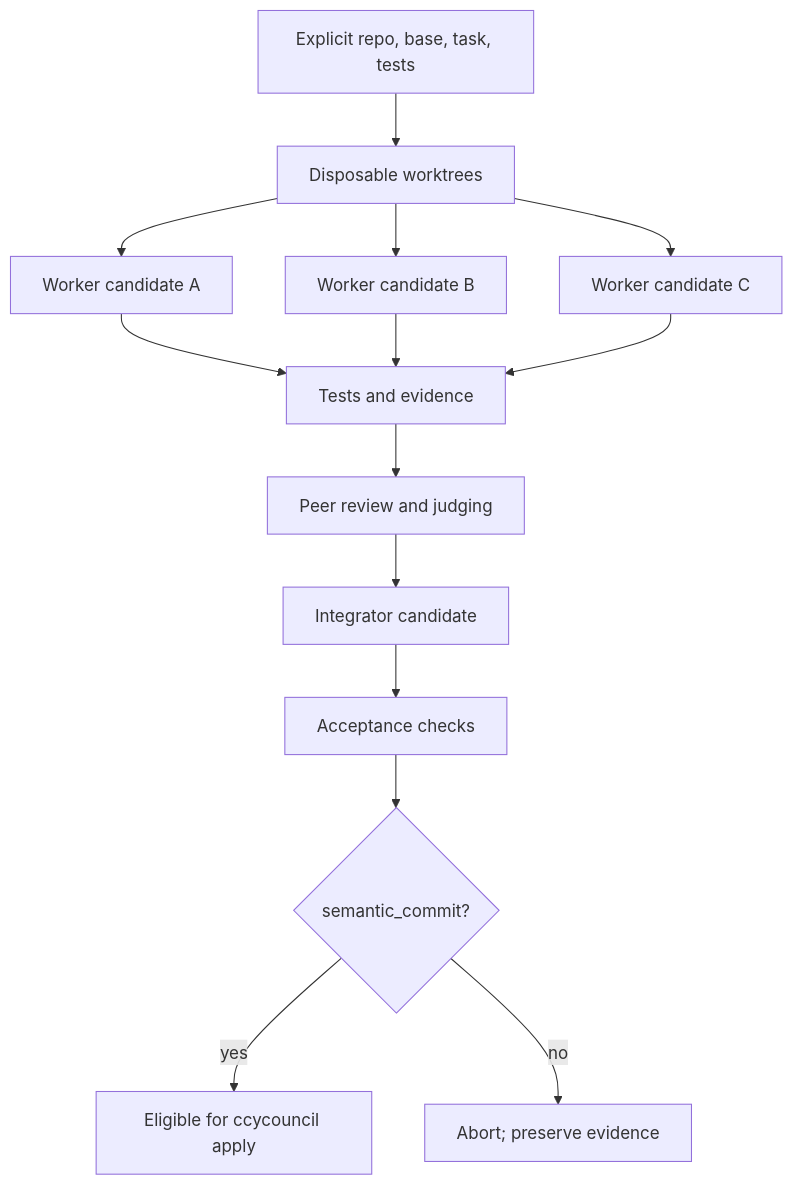
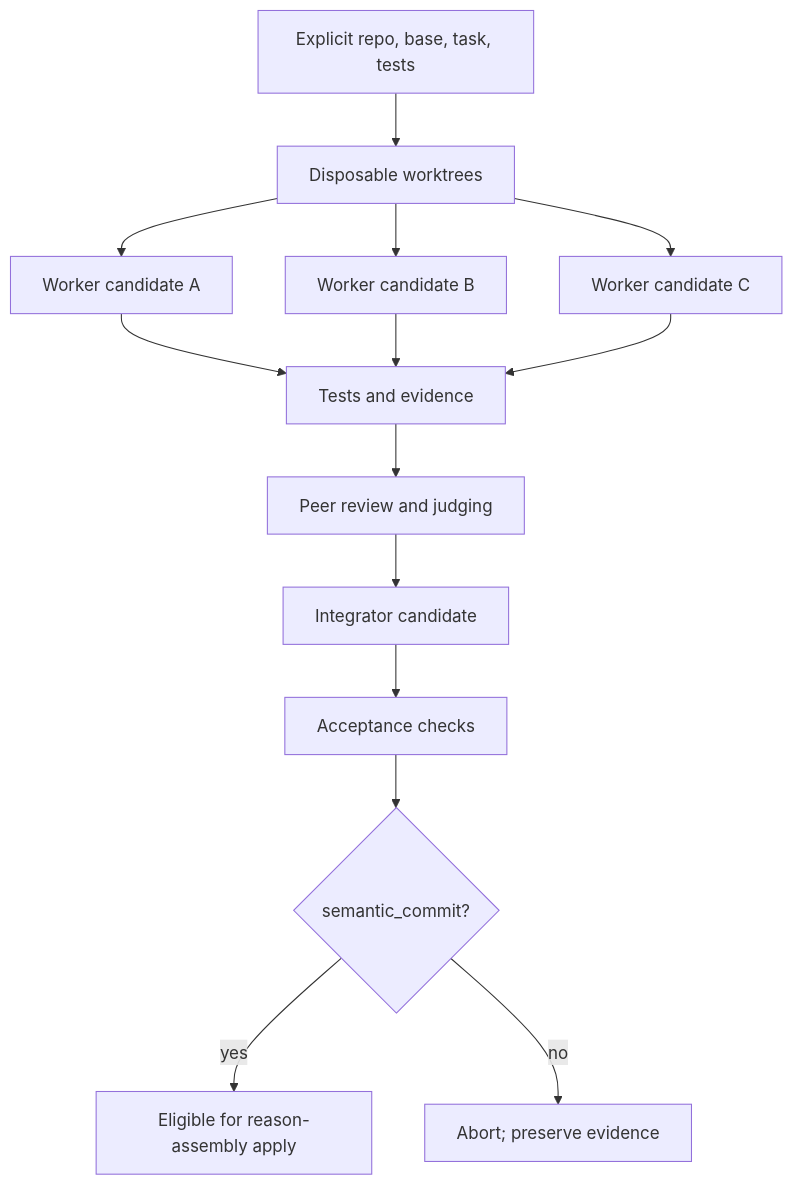
One commit to jroth1111/reason-assembly changed the third of 3 diagrams in README.md. Above: the diagram before and after it, drawn with Mermaid. The commit also changed other lines of this file and 29 other files, not shown here.

First line of the commit message:
feat: rename project to Reason Assembly 0.5.0

````diff
--- a/README.md
+++ b/README.md
@@ -203,16 +223,16 @@
 ```mermaid
 flowchart TD
     A[Explicit repo, base, task, tests] --> B[Disposable worktrees]
     B --> C1[Worker candidate A]
     B --> C2[Worker candidate B]
     B --> C3[Worker candidate C]
     C1 --> D[Tests and evidence]
     C2 --> D
     C3 --> D
     D --> E[Peer review and judging]
     E --> F[Integrator candidate]
     F --> G[Acceptance checks]
     G --> H{semantic_commit?}
-    H -->|yes| I[Eligible for ccycouncil apply]
+    H -->|yes| I[Eligible for reason-assembly apply]
     H -->|no| J[Abort; preserve evidence]
 ```
````
